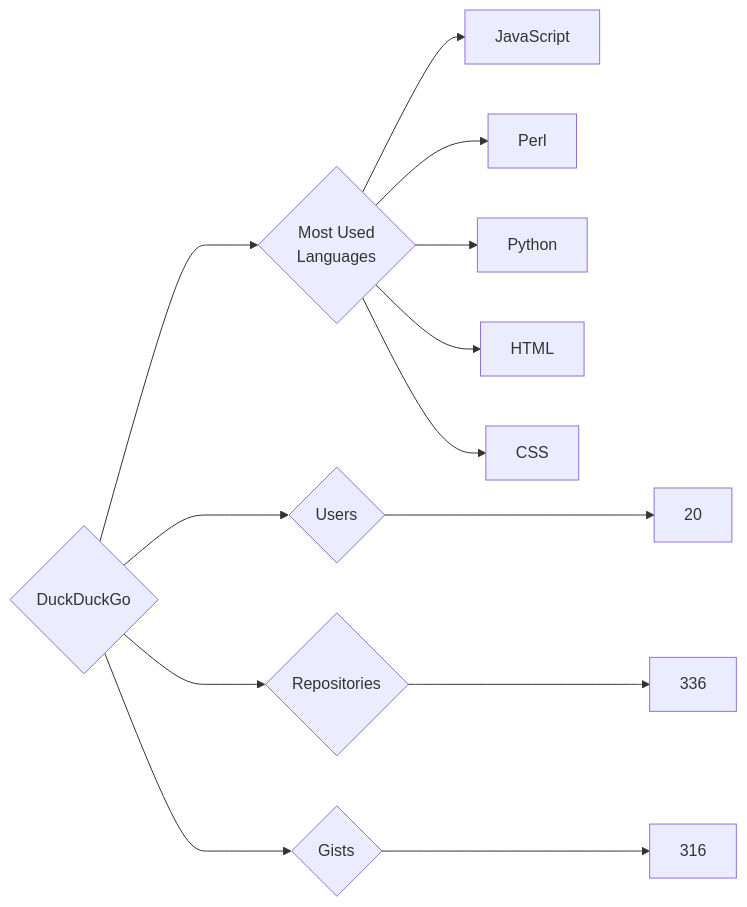
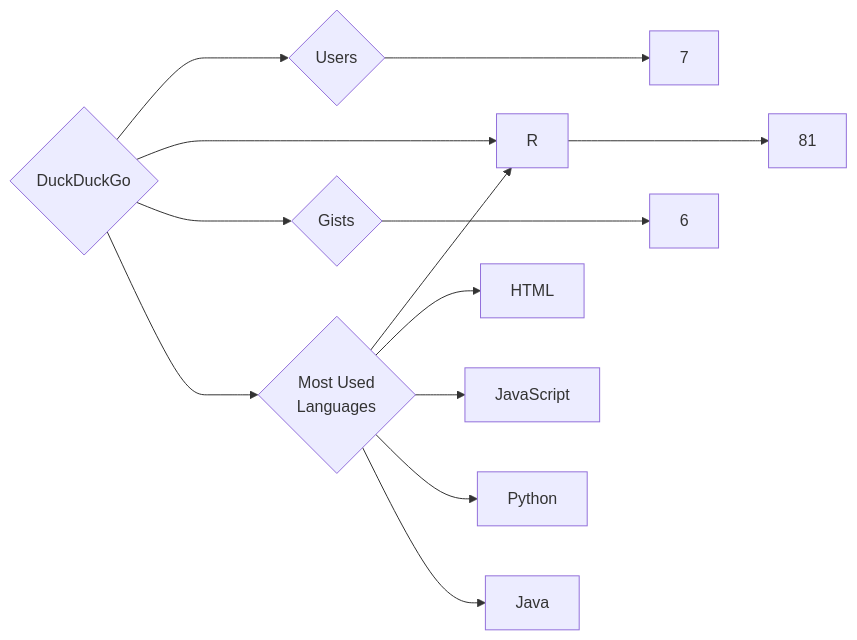
Before and after one commit to trickest/insiders: the diagram in targets/DuckDuckGo/README.md, drawn with Mermaid. The commit also changed 934 other files, not shown here.

````diff
--- a/targets/DuckDuckGo/README.md
+++ b/targets/DuckDuckGo/README.md
@@ -3,13 +3,13 @@
 ```mermaid
 graph LR
 COMPANY_NAME{DuckDuckGo}
-COMPANY_NAME ---> U{Users} ---> UN[20]
-COMPANY_NAME ---> R{Repositories} ---> RN[336]
-COMPANY_NAME ---> G{Gists} ---> GN[316]
+COMPANY_NAME ---> U{Users} ---> UN[7]
+COMPANY_NAME ---> R{Repositories} ---> RN[81]
+COMPANY_NAME ---> G{Gists} ---> GN[6]
 COMPANY_NAME ---> ML{Most Used<br>Languages}
+ML --> R[R]
+ML --> HTML[HTML]
 ML --> JavaScript[JavaScript]
-ML --> Perl[Perl]
 ML --> Python[Python]
-ML --> HTML[HTML]
-ML --> CSS[CSS]
+ML --> Java[Java]
 ```
````
